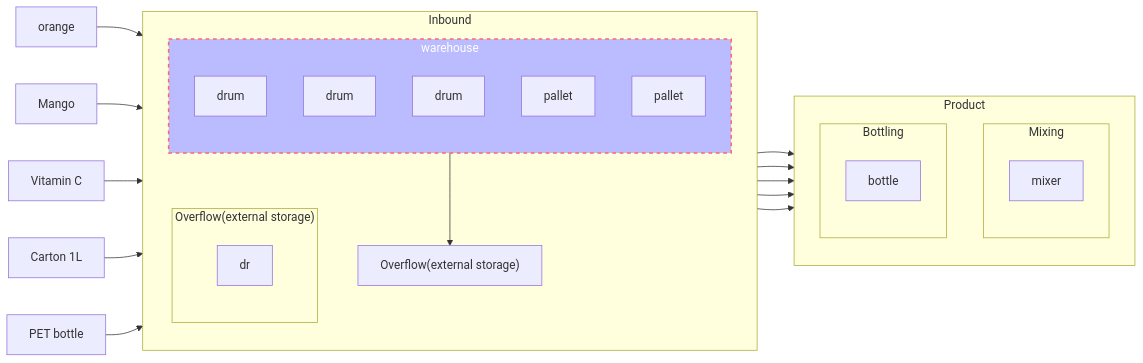
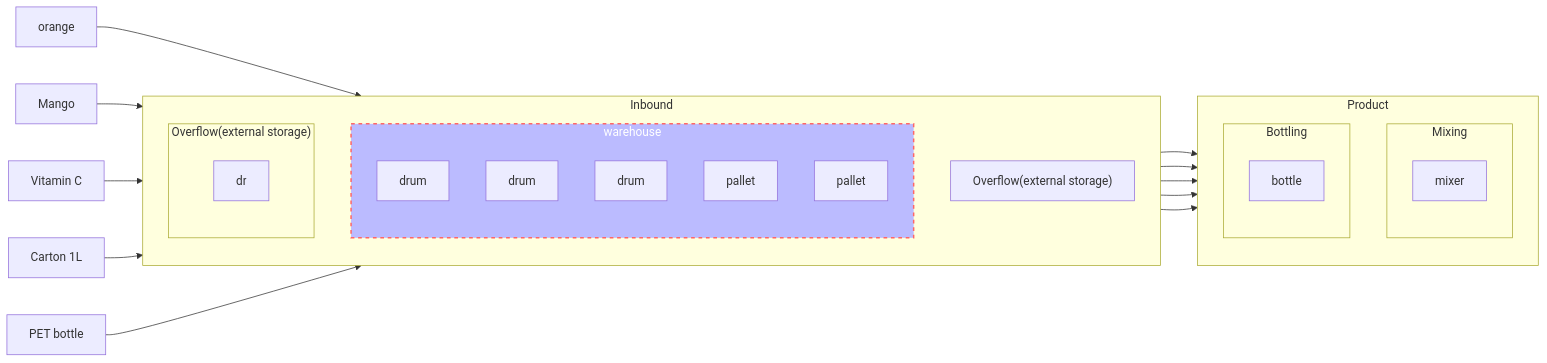
The second of 2 diagrams in _posts/2024-05-01-TFC-round-3.md (moonIsMyFriend/basicConcept.github.io), drawn with Mermaid before and after one commit.

Commit message:
tfc3tfc3

```diff
--- a/_posts/2024-05-01-TFC-round-3.md
+++ b/_posts/2024-05-01-TFC-round-3.md
@@ -22,50 +22,50 @@
  <pre class="mermaid">
     flowchart LR
       subgraph Inbound
         direction TB
         subgraph iw[warehouse]
           direction TB
           i[drum]
           i2[drum]
           i3[drum3]
           i4[pallet]
           i5[pallet]
         end
         
         subgraph "Overflow(external storage)"
           direction TB
           dr
 
         end
-        iw[warehouse] --> ex1["Overflow(external storage)"]
+        ex1["Overflow(external storage)"]
       end
 
       orange --> i[drum] --> m[mixer]
       Mango --> i2[drum] --> m[mixer]
       vc[Vitamin C] -->  i3[drum] --> m[mixer]
       cl[Carton 1L] --> i4[pallet] --> b[bottle]
       pb[PET bottle] --> i5[pallet] --> b[bottle]
 
       subgraph Product
         direction TB
         subgraph mb[Mixing]
           direction TB
           m[mixer]
         end
 
         subgraph bb[Bottling]
           direction TB
           b[bottle]
         end
       end
 
 
       %%i4[pallet] --> m[mixer]
       %%i5[pallet] --> b[bottle]
 
 
       style iw fill:#bbf,stroke:#f66,stroke-width:2px,color:#fff,stroke-dasharray: 5 5
 
 
 
 </pre>
```
